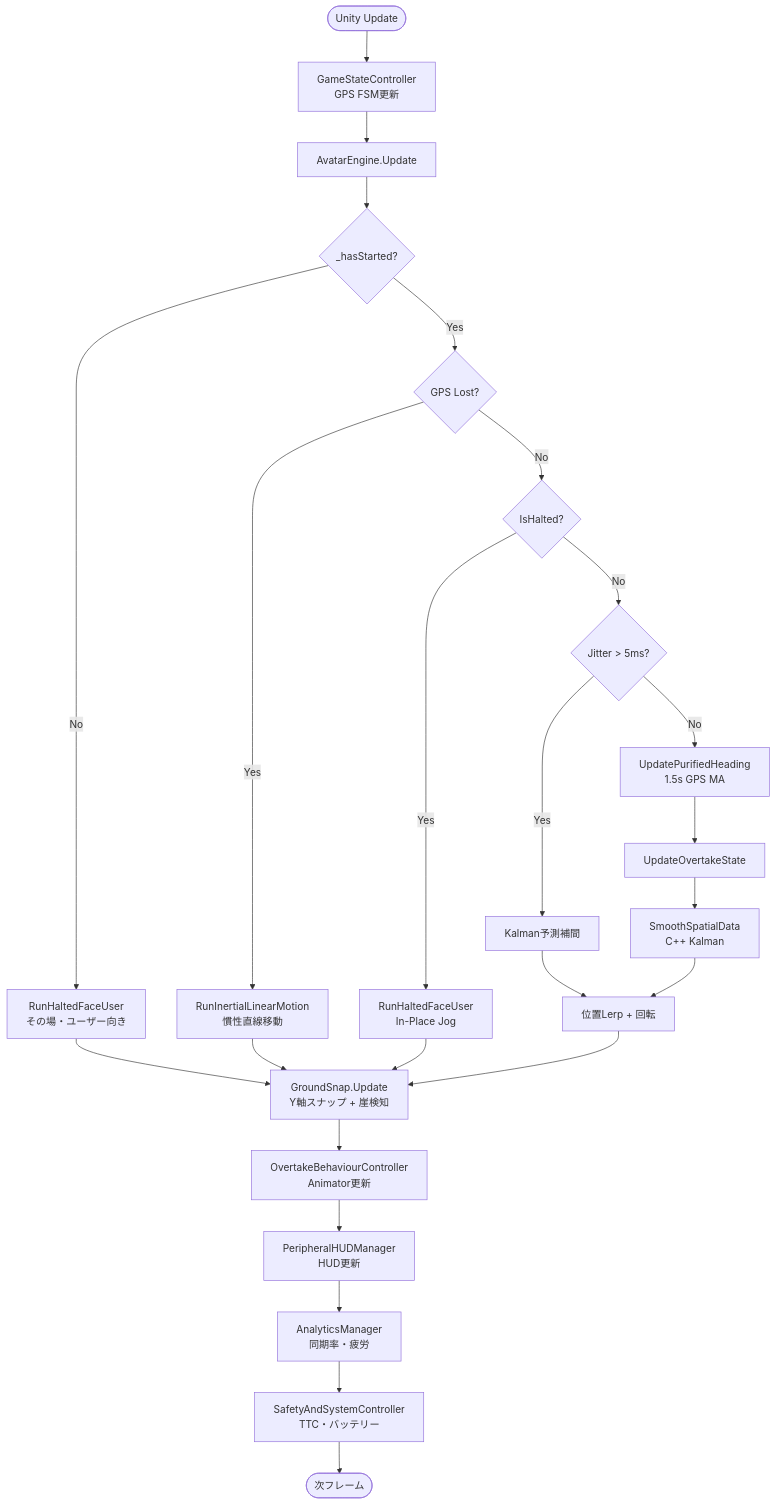
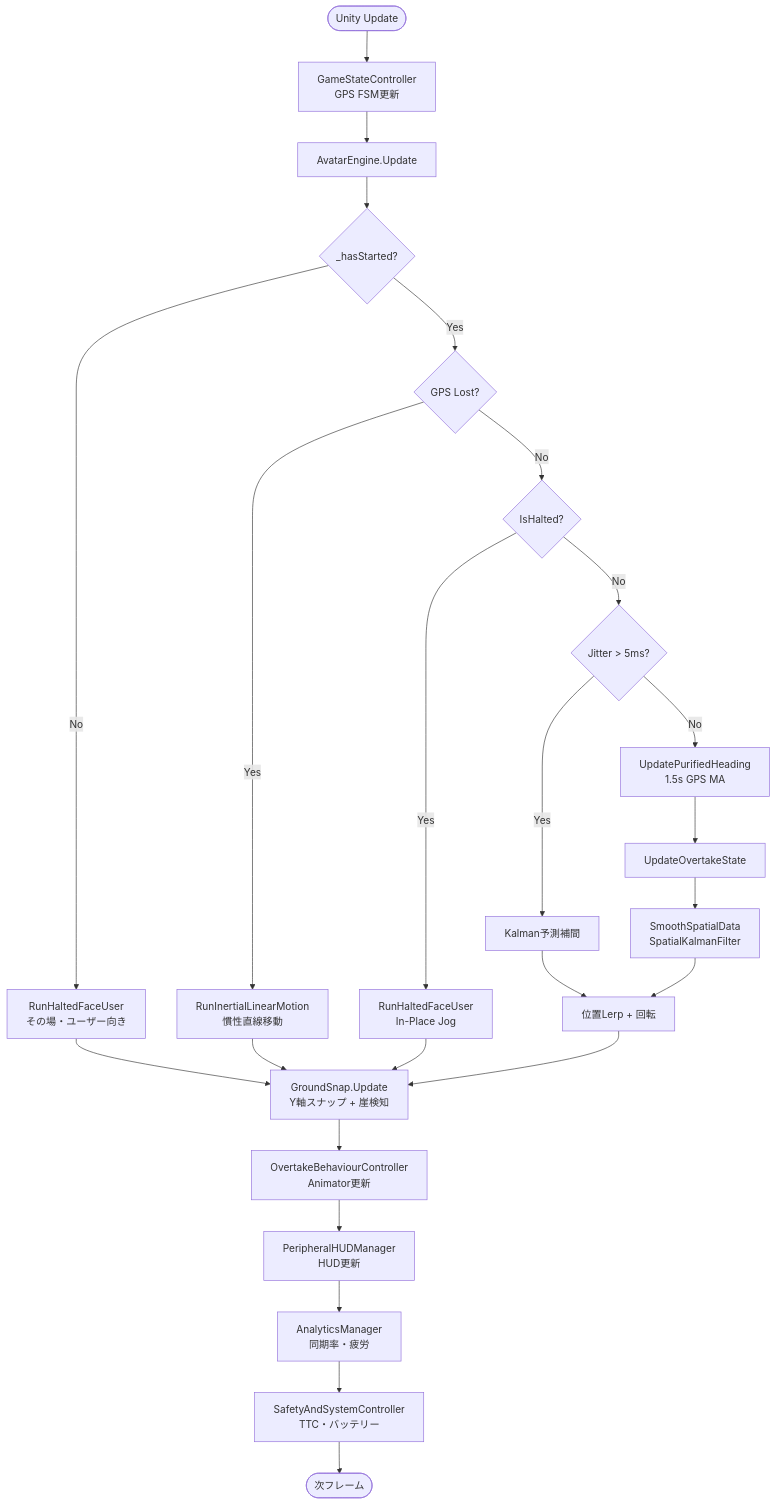
Before and after one commit to luqhardy/AR-Pacesetter---Unity: the second of 5 diagrams in README.md, drawn with Mermaid. The commit also changed other lines of this file and 14 other files, not shown here.

````diff
--- a/README.md
+++ b/README.md
@@ -294,34 +294,34 @@
 ```mermaid
 flowchart TD
     START([Unity Update]) --> GS[GameStateController<br/>GPS FSM更新]
     GS --> AE[AvatarEngine.Update]
 
     AE --> CHECK1{_hasStarted?}
     CHECK1 -->|No| HALT1[RunHaltedFaceUser<br/>その場・ユーザー向き]
     CHECK1 -->|Yes| CHECK2{GPS Lost?}
 
     CHECK2 -->|Yes| INERT[RunInertialLinearMotion<br/>慣性直線移動]
     CHECK2 -->|No| CHECK3{IsHalted?}
 
     CHECK3 -->|Yes| HALT2[RunHaltedFaceUser<br/>In-Place Jog]
     CHECK3 -->|No| JITTER{Jitter > 5ms?}
 
     JITTER -->|Yes| PREDICT[Kalman予測補間]
     JITTER -->|No| PURIFY[UpdatePurifiedHeading<br/>1.5s GPS MA]
 
     PURIFY --> OVERTAKE[UpdateOvertakeState]
-    OVERTAKE --> KALMAN[SmoothSpatialData<br/>C++ Kalman]
+    OVERTAKE --> KALMAN[SmoothSpatialData<br/>SpatialKalmanFilter]
     PREDICT --> POS[位置Lerp + 回転]
     KALMAN --> POS
 
     POS --> GS2[GroundSnap.Update<br/>Y軸スナップ + 崖検知]
     GS2 --> ANIM[OvertakeBehaviourController<br/>Animator更新]
     ANIM --> HUD[PeripheralHUDManager<br/>HUD更新]
     HUD --> ANALYTICS[AnalyticsManager<br/>同期率・疲労]
     ANALYTICS --> SAFETY[SafetyAndSystemController<br/>TTC・バッテリー]
     SAFETY --> END([次フレーム])
 
     HALT1 --> GS2
     HALT2 --> GS2
     INERT --> GS2
 ```
````
